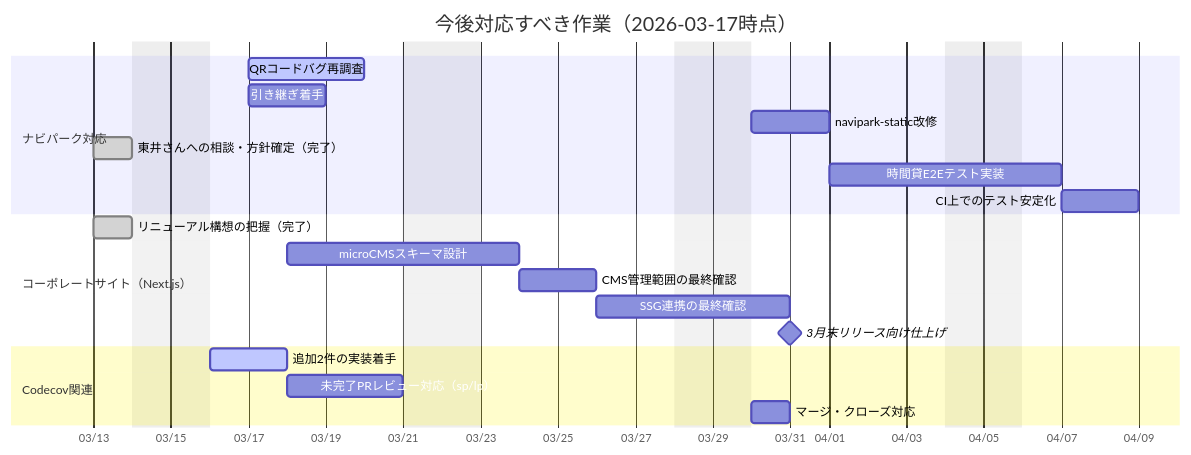
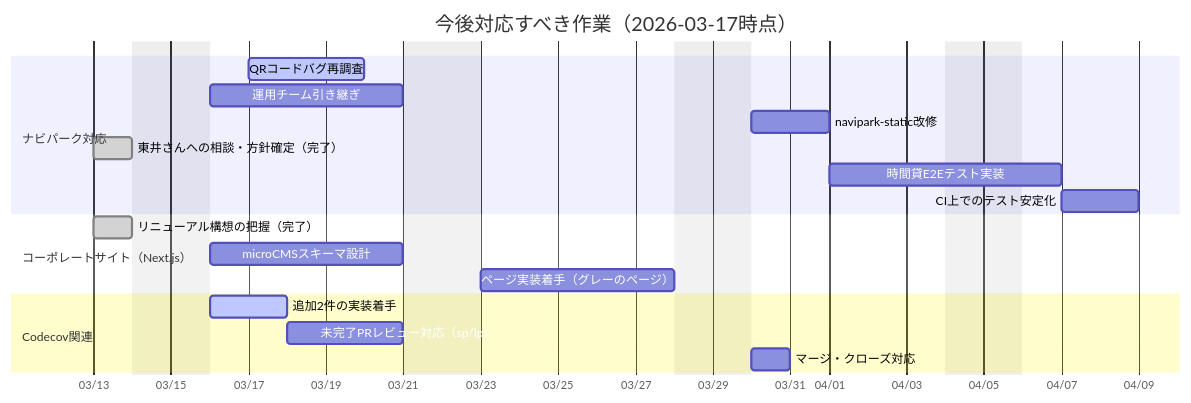
The diagram in スケジュール.md (yuma-morimoto/sonicmoov-docs), drawn with Mermaid before and after one commit. The commit also changed other lines of this file and 5 other files, not shown here.

````diff
--- a/スケジュール.md
+++ b/スケジュール.md
@@ -3,28 +7,26 @@
 ```mermaid
 gantt
     title 今後対応すべき作業（2026-03-17時点）
     dateFormat  YYYY-MM-DD
     axisFormat  %m/%d
     excludes    weekends
 
     section ナビパーク対応
-    QRコードバグ再調査               :active, nav_bug, 2026-03-17, 3d
-    引き継ぎ着手                     :nav_handover, 2026-03-17, 2d
-    navipark-static改修              :nav_static, 2026-03-30, 2d
-    東井さんへの相談・方針確定（完了）    :done, nav_consult, 2026-03-13, 1d
-    時間貸E2Eテスト実装               :nav_e2e, after nav_static, 4d
-    CI上でのテスト安定化               :nav_ci, after nav_e2e, 2d
+        QRコードバグ再調査               :active, nav_bug, 2026-03-17, 3d
+        運用チーム引き継ぎ                     :nav_handover, 2026-03-16, 5d
+        navipark-static改修              :nav_static, 2026-03-30, 2d
+        東井さんへの相談・方針確定（完了）    :done, nav_consult, 2026-03-13, 1d
+        時間貸E2Eテスト実装               :nav_e2e, after nav_static, 4d
+        CI上でのテスト安定化               :nav_ci, after nav_e2e, 2d
 
     section コーポレートサイト（Next.js）
-    リニューアル構想の把握（完了）      :done, corp_plan, 2026-03-13, 1d
-    microCMSスキーマ設計              :corp_schema, 2026-03-18, 4d
-    CMS管理範囲の最終確認             :corp_scope, after corp_schema, 2d
-    SSG連携の最終確認                 :corp_ssg, after corp_scope, 3d
-    3月末リリース向け仕上げ            :milestone, corp_release, 2026-03-31, 0d
+        リニューアル構想の把握（完了）      :done, corp_plan, 2026-03-13, 1d
+        microCMSスキーマ設計              :corp_schema, 2026-03-16, 5d
+        ページ実装着手（グレーのページ）    :corp_gray, 2026-03-23, 5d
 
     section Codecov関連
-    追加2件の実装着手                 :active, codecov_impl, 2026-03-16, 2d
-    未完了PRレビュー対応（sp/lp）       :codecov_review, after codecov_impl, 3d
-    マージ・クローズ対応               :codecov_merge, 2026-03-30, 1d
+        追加2件の実装着手                 :active, codecov_impl, 2026-03-16, 2d
+        未完了PRレビュー対応（sp/lp）       :codecov_review, after codecov_impl, 3d
+        マージ・クローズ対応               :codecov_merge, 2026-03-30, 1d
 
 ```
````
